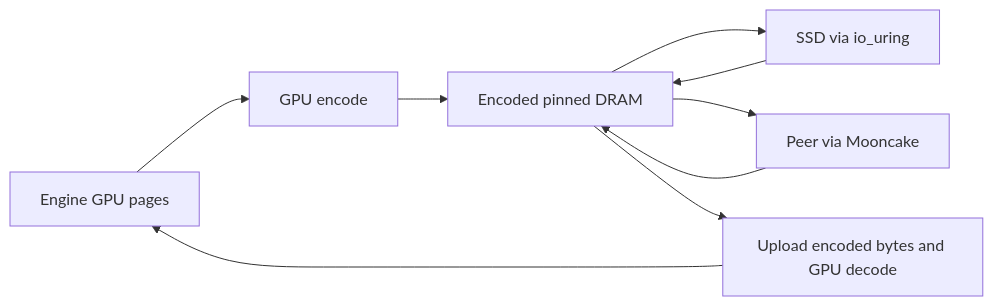
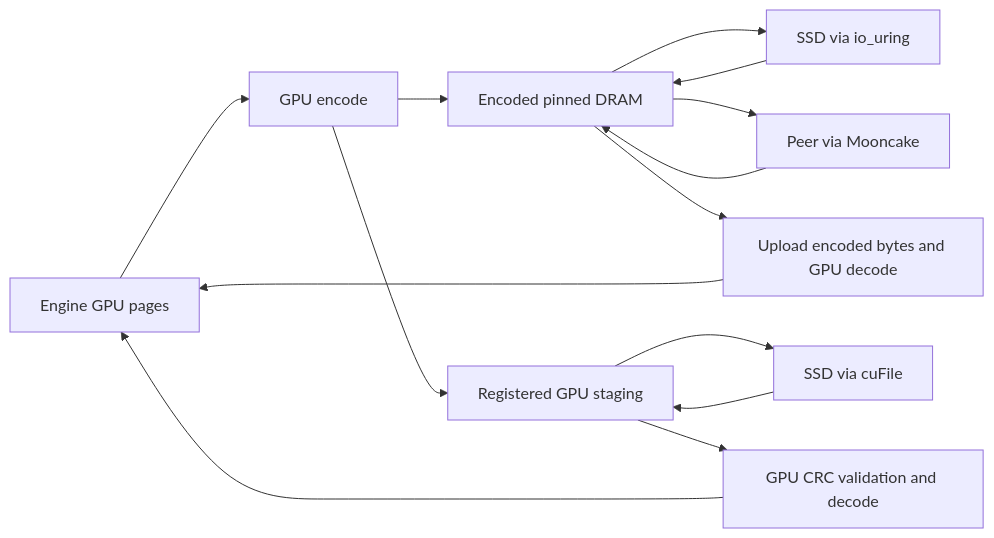
Before and after one commit to feichai0017/orbitkv: the diagram in docs/storage-formats.md, drawn with Mermaid. The commit also changed other lines of this file and 56 other files, not shown here.

````diff
--- a/docs/storage-formats.md
+++ b/docs/storage-formats.md
@@ -94,11 +97,16 @@
 ```mermaid
 flowchart LR
     E[Engine GPU pages] --> C[GPU encode]
     C --> D[Encoded pinned DRAM]
-    D --> S[SSD via io_uring]
+    C --> G[Registered GPU staging]
+    G --> S[SSD via cuFile]
+    D --> U[SSD via io_uring]
     D --> P[Peer via Mooncake]
-    S --> D
+    U --> D
+    S --> G
+    G --> V[GPU CRC validation and decode]
+    V --> E
     P --> D
     D --> R[Upload encoded bytes and GPU decode]
     R --> E
 ```
````
